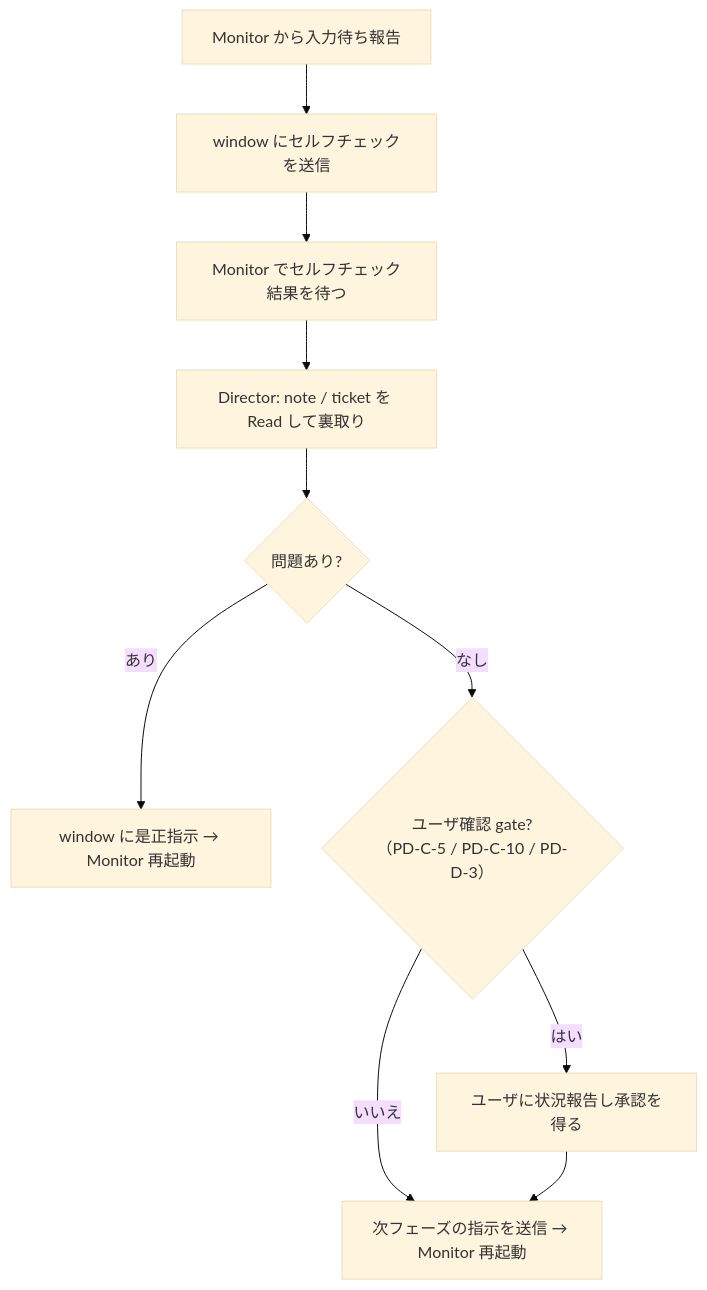
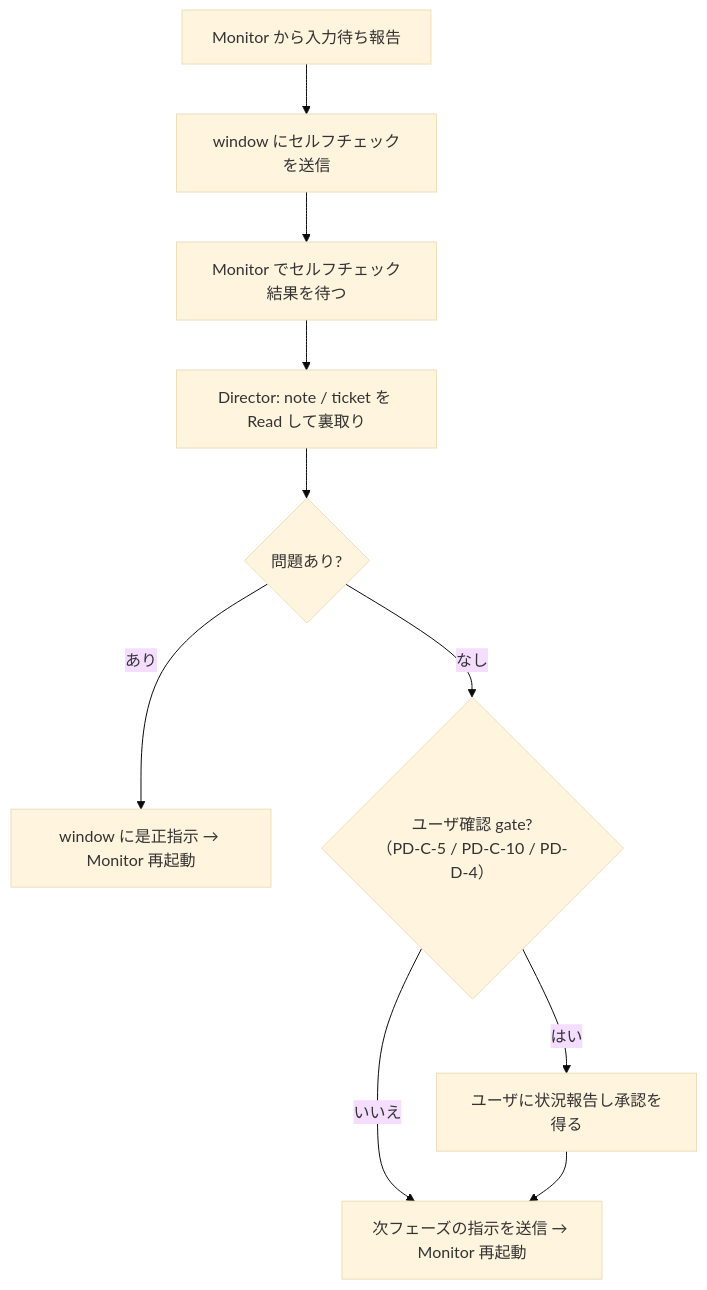
One commit to masuidrive/pdh changed the third of 3 diagrams in skills/tmux-director/SKILL.md. Above: the diagram before and after it, drawn with Mermaid (base theme). The commit also changed other lines of this file and 3 other files, not shown here.

````diff
--- a/skills/tmux-director/SKILL.md
+++ b/skills/tmux-director/SKILL.md
@@ -244,12 +261,12 @@
 ```mermaid
 flowchart TD
     R1["Monitor から入力待ち報告"] --> R2["window にセルフチェックを送信"]
     R2 --> R3["Monitor でセルフチェック結果を待つ"]
     R3 --> R4["Director: note / ticket を Read して裏取り"]
     R4 --> R5{"問題あり?"}
     R5 -- "あり" --> R6["window に是正指示 → Monitor 再起動"]
-    R5 -- "なし" --> R7{"ユーザ確認 gate?<br/>（PD-C-5 / PD-C-10 / PD-D-3）"}
+    R5 -- "なし" --> R7{"ユーザ確認 gate?<br/>（PD-C-5 / PD-C-10 / PD-D-4）"}
     R7 -- "いいえ" --> R8["次フェーズの指示を送信 → Monitor 再起動"]
     R7 -- "はい" --> R9["ユーザに状況報告し承認を得る"]
     R9 --> R8
 ```
````
